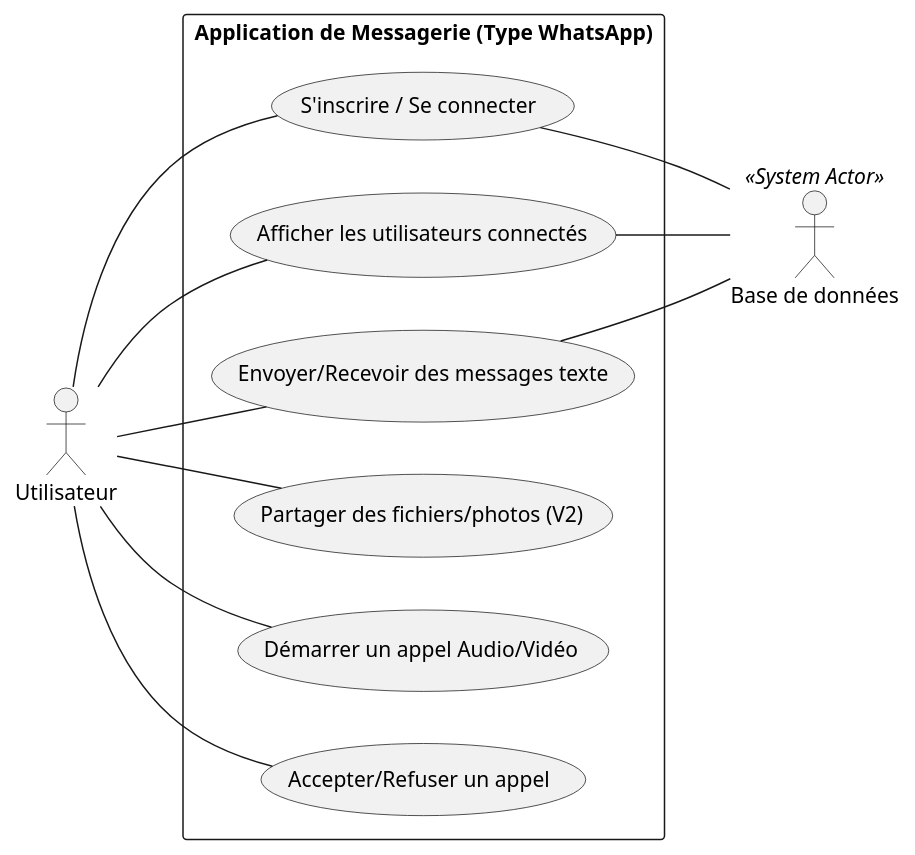
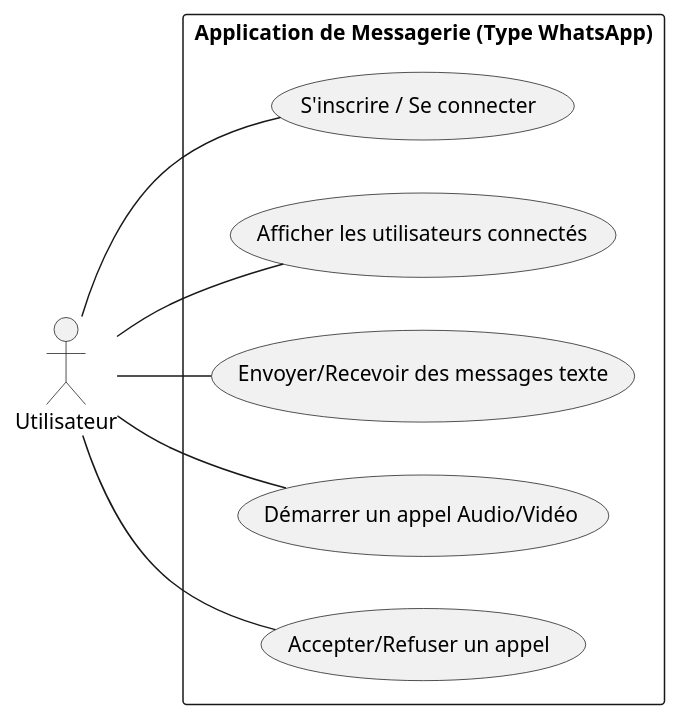
Before and after one commit to AbdellahBouarguan/AppWHT: the diagram in docs/livrable/diagramme_cas_utilisation.puml, drawn with PlantUML. The commit also changed 30 other files, not shown here.

Commit message:
refactor: centralize documentation by consolidating architectural reports and adding an automated compilation script

```diff
--- a/docs/livrable/diagramme_cas_utilisation.puml
+++ b/docs/livrable/diagramme_cas_utilisation.puml
@@ -1,27 +1,21 @@
 @startuml
 left to right direction
 skinparam packageStyle rectangle
 
 actor "Utilisateur" as user
-actor "Base de données" as db <<System Actor>>
 
 package "Application de Messagerie (Type WhatsApp)" {
   usecase "S'inscrire / Se connecter" as UC1
   usecase "Afficher les utilisateurs connectés" as UC2
   usecase "Envoyer/Recevoir des messages texte" as UC3
-  usecase "Partager des fichiers/photos (V2)" as UC4
   usecase "Démarrer un appel Audio/Vidéo" as UC5
   usecase "Accepter/Refuser un appel" as UC6
 }
 
 user -- UC1
 user -- UC2
 user -- UC3
-user -- UC4
 user -- UC5
 user -- UC6
 
-UC1 -- db
-UC2 -- db
-UC3 -- db
 @enduml
```
